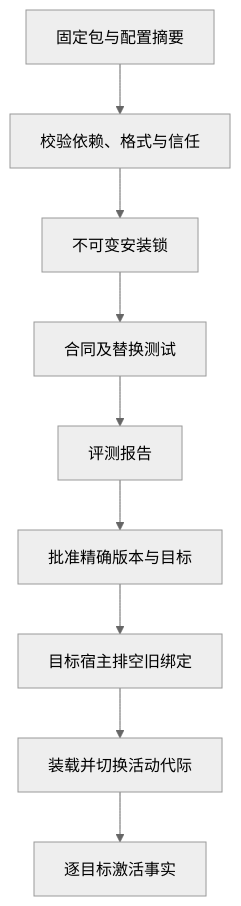
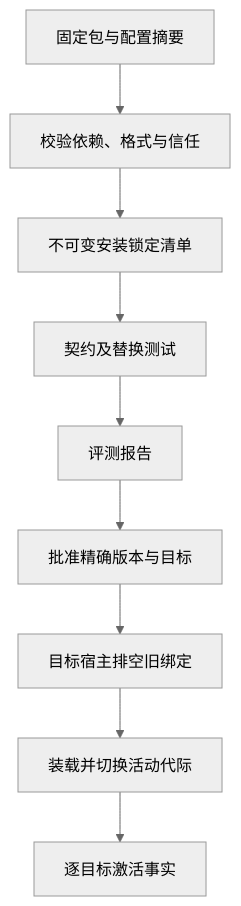
Before and after one commit to ruipengliu/lerna: the first of 2 diagrams in docs/architecture/extensions/README.md, drawn with Mermaid (neutral theme). The commit also changed other lines of this file and 205 other files, not shown here.

Commit message:
docs: unify architecture terminology

````diff
--- a/docs/architecture/extensions/README.md
+++ b/docs/architecture/extensions/README.md
@@ -25,11 +25,11 @@
 ```mermaid
 flowchart TB
     P[固定包与配置摘要] --> V[校验依赖、格式与信任]
-    V --> L[不可变安装锁]
-    L --> T[合同及替换测试]
+    V --> L[不可变安装锁定清单]
+    L --> T[契约及替换测试]
     T --> E[评测报告]
     E --> A[批准精确版本与目标]
     A --> D[目标宿主排空旧绑定]
     D --> S[装载并切换活动代际]
     S --> R[逐目标激活事实]
 ```
````
